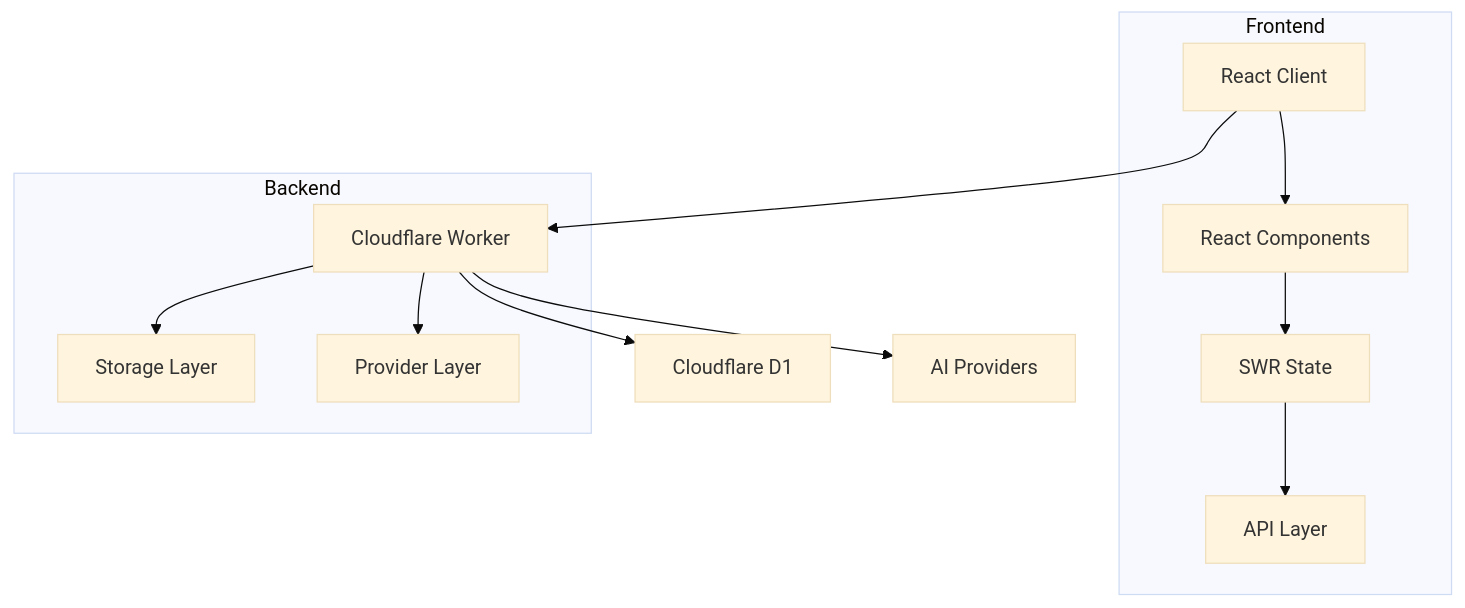
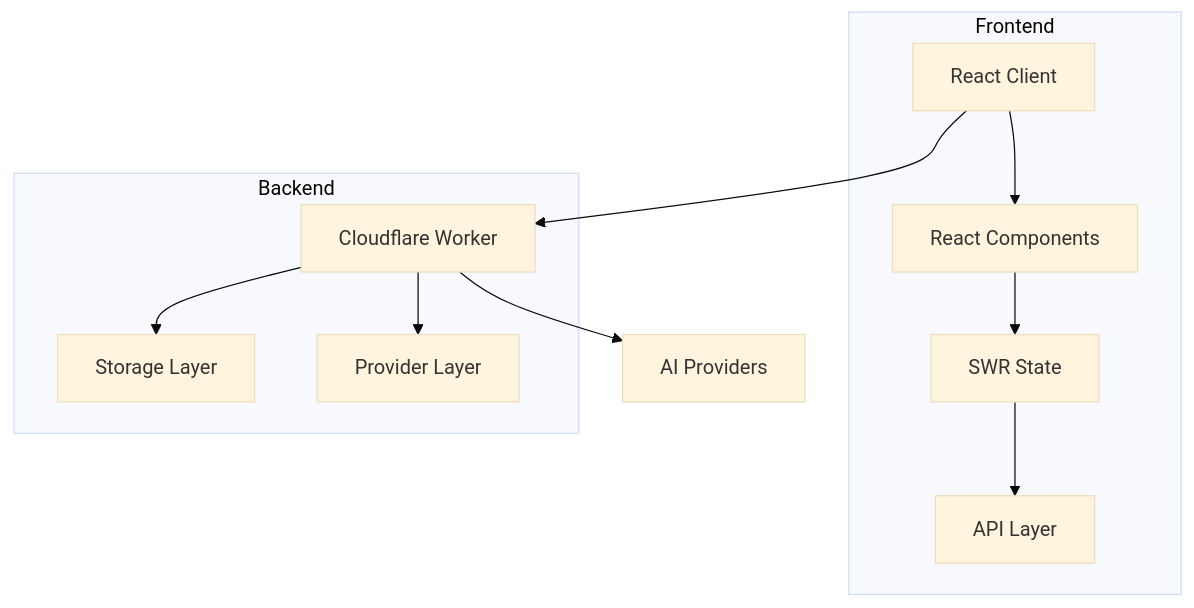
Before and after one commit to CompetentGroove/mcp-chat: the diagram in README.md, drawn with Mermaid (base theme). The commit also changed other lines of this file and 17 other files, not shown here.

````diff
--- a/README.md
+++ b/README.md
@@ -39,17 +39,16 @@
 ```mermaid
 flowchart TD
     Client[React Client] --> Worker[Cloudflare Worker]
-    Worker --> D1[Cloudflare D1]
     Worker --> AI[AI Providers]
 
     subgraph "Frontend"
         Client --> Components[React Components]
         Components --> State[SWR State]
         State --> API[API Layer]
     end
 
     subgraph "Backend"
         Worker --> Storage[Storage Layer]
         Worker --> Provider[Provider Layer]
     end
 ```
````
